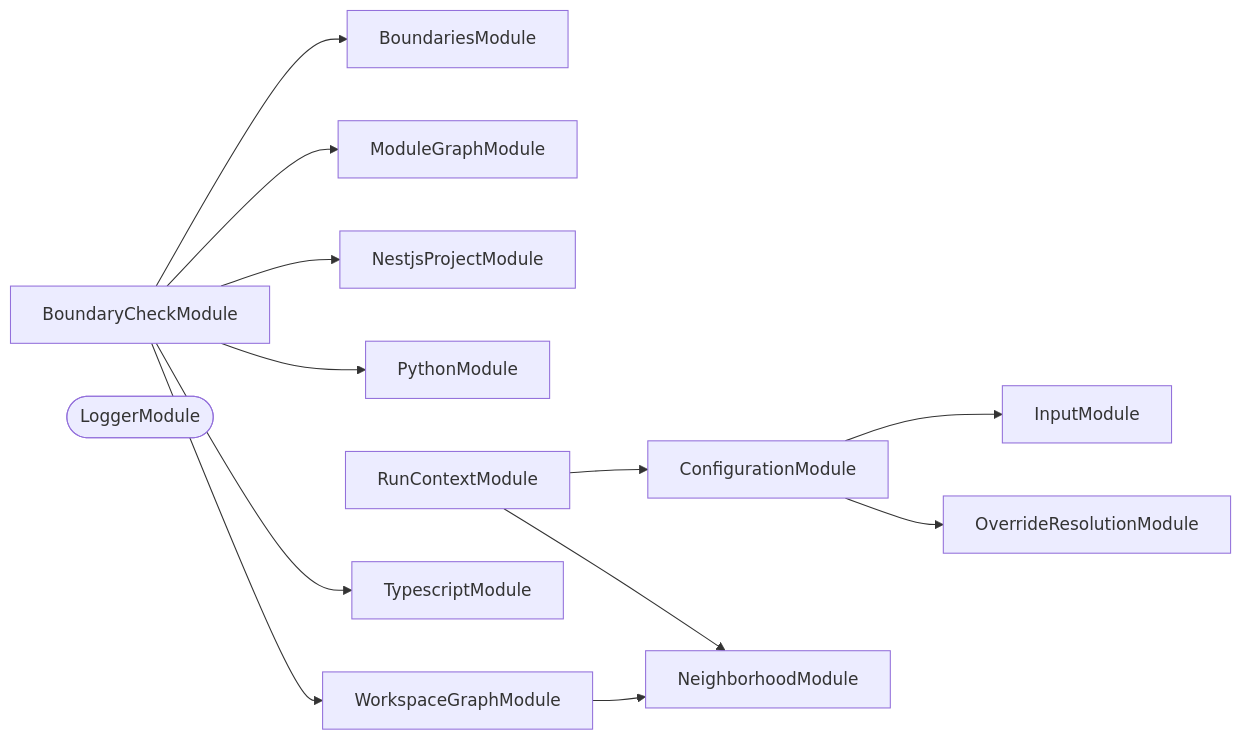
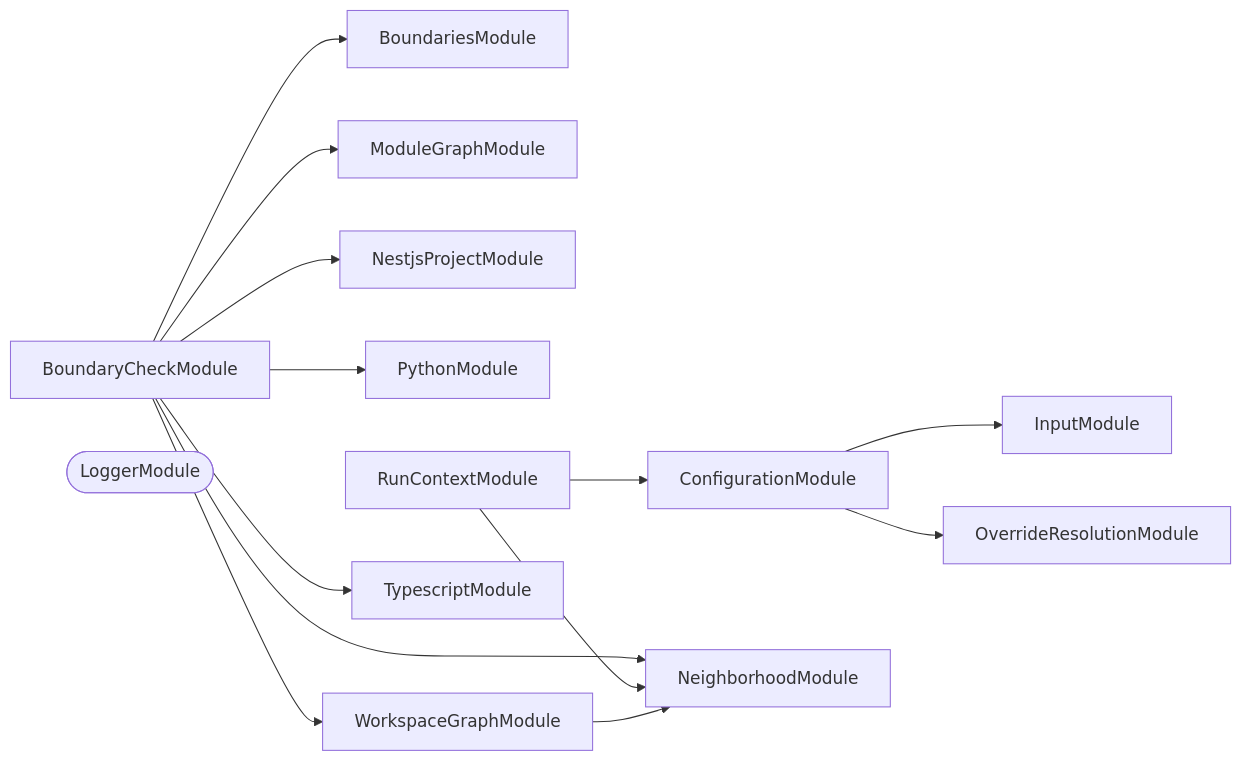
One commit to Organizzolini/codebase changed the second of 3 diagrams in packages/ic-suite/codependix/codependix-boundaries/README.md. Above: the diagram before and after it, drawn with Mermaid. The commit also changed other lines of this file and 38 other files, not shown here.

````diff
--- a/packages/ic-suite/codependix/codependix-boundaries/README.md
+++ b/packages/ic-suite/codependix/codependix-boundaries/README.md
@@ -177,27 +177,28 @@
 ```mermaid
 flowchart LR
   BoundariesModule
   BoundaryCheckModule
   ConfigurationModule
   InputModule
   LoggerModule([LoggerModule])
   ModuleGraphModule
   NeighborhoodModule
   NestjsProjectModule
   OverrideResolutionModule
   PythonModule
   RunContextModule
   TypescriptModule
   WorkspaceGraphModule
   BoundaryCheckModule --> BoundariesModule
   BoundaryCheckModule --> ModuleGraphModule
+  BoundaryCheckModule --> NeighborhoodModule
   BoundaryCheckModule --> NestjsProjectModule
   BoundaryCheckModule --> PythonModule
   BoundaryCheckModule --> TypescriptModule
   BoundaryCheckModule --> WorkspaceGraphModule
   ConfigurationModule --> InputModule
   ConfigurationModule --> OverrideResolutionModule
   RunContextModule --> ConfigurationModule
   RunContextModule --> NeighborhoodModule
   WorkspaceGraphModule --> NeighborhoodModule
 ```
````
